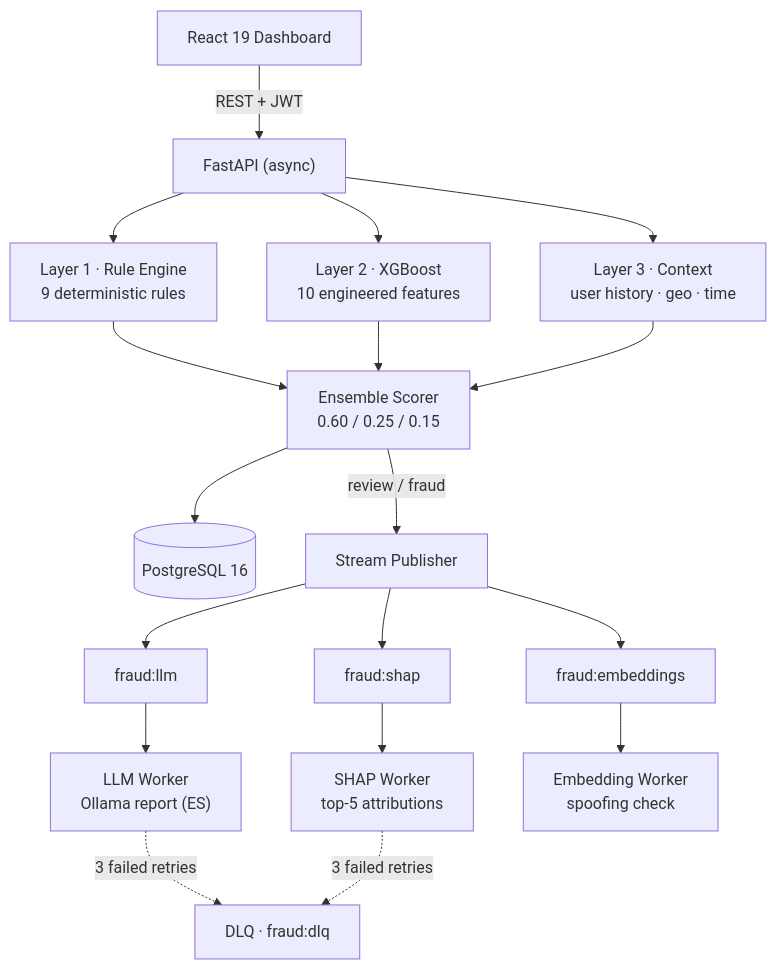
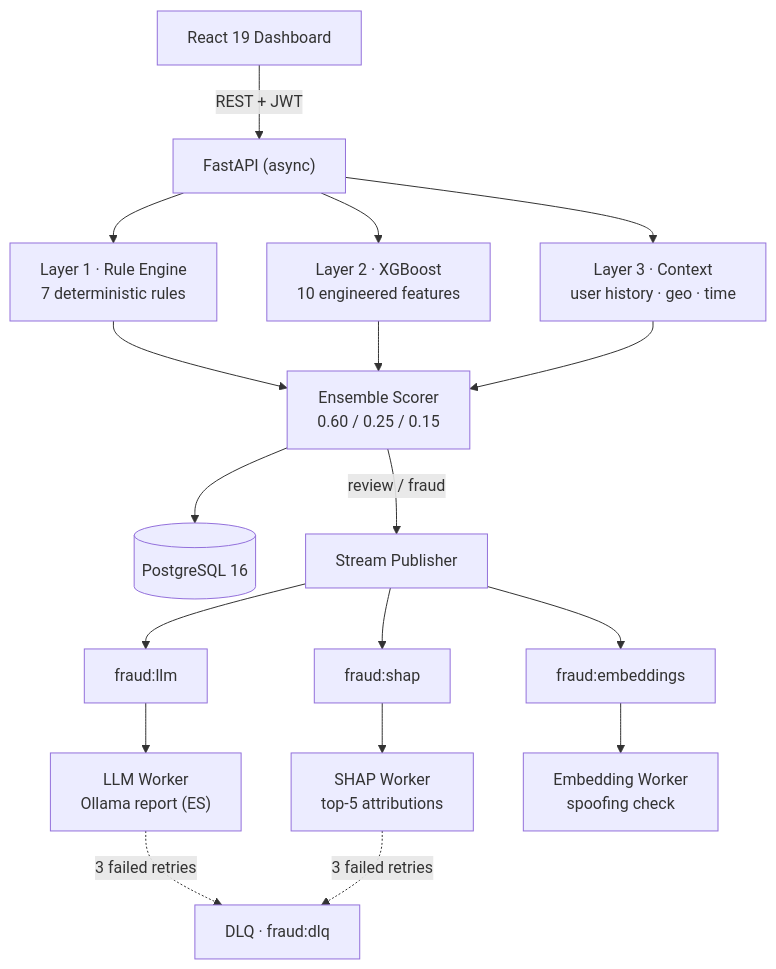
Before and after one commit to mikelrh-dev/fraud-detector: the diagram in README.md, drawn with Mermaid. The commit also changed other lines of this file and 2 other files, not shown here.

````diff
--- a/README.md
+++ b/README.md
@@ -34,22 +34,22 @@
 ```mermaid
 flowchart TB
     FE["React 19 Dashboard"] -->|"REST + JWT"| API["FastAPI (async)"]
 
-    API --> RE["Layer 1 · Rule Engine<br/>9 deterministic rules"]
+    API --> RE["Layer 1 · Rule Engine<br/>7 deterministic rules"]
     API --> ML["Layer 2 · XGBoost<br/>10 engineered features"]
     API --> CTX["Layer 3 · Context<br/>user history · geo · time"]
 
     RE --> ENS["Ensemble Scorer<br/>0.60 / 0.25 / 0.15"]
     ML --> ENS
     CTX --> ENS
 
     ENS --> DB[("PostgreSQL 16")]
     ENS -->|"review / fraud"| PUB["Stream Publisher"]
 
     PUB --> Q1["fraud:llm"] --> W1["LLM Worker<br/>Ollama report (ES)"]
     PUB --> Q2["fraud:shap"] --> W2["SHAP Worker<br/>top-5 attributions"]
     PUB --> Q3["fraud:embeddings"] --> W3["Embedding Worker<br/>spoofing check"]
 
     W1 -. "3 failed retries" .-> DLQ["DLQ · fraud:dlq"]
     W2 -. "3 failed retries" .-> DLQ
 ```
````
